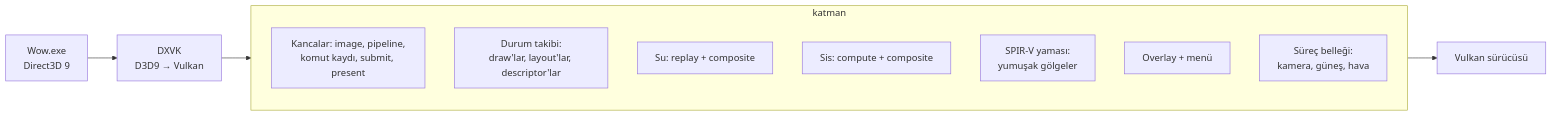
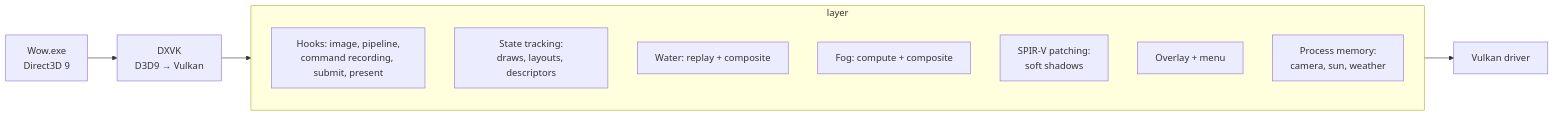
Before and after one commit to smhgzll/wow-vulkan-probe: the diagram in README.md, drawn with Mermaid. The commit also changed other lines of this file and 3 other files, not shown here.

````diff
--- a/README.md
+++ b/README.md
@@ -307,16 +360,16 @@
 ```mermaid
 flowchart LR
     W[Wow.exe<br/>Direct3D 9] --> D[DXVK<br/>D3D9 → Vulkan]
     D --> L[VK_LAYER_depth_probe]
-    L --> V[Vulkan sürücüsü]
-    subgraph L[katman]
+    L --> V[Vulkan driver]
+    subgraph L[layer]
         direction TB
-        H[Kancalar: image, pipeline,<br/>komut kaydı, submit, present]
-        T[Durum takibi:<br/>draw'lar, layout'lar, descriptor'lar]
-        WR[Su: replay + composite]
-        FG[Sis: compute + composite]
-        SS[SPIR-V yaması:<br/>yumuşak gölgeler]
-        OV[Overlay + menü]
-        MEM[Süreç belleği:<br/>kamera, güneş, hava]
+        H[Hooks: image, pipeline,<br/>command recording, submit, present]
+        T[State tracking:<br/>draws, layouts, descriptors]
+        WR[Water: replay + composite]
+        FG[Fog: compute + composite]
+        SS[SPIR-V patching:<br/>soft shadows]
+        OV[Overlay + menu]
+        MEM[Process memory:<br/>camera, sun, weather]
     end
 ```
````
